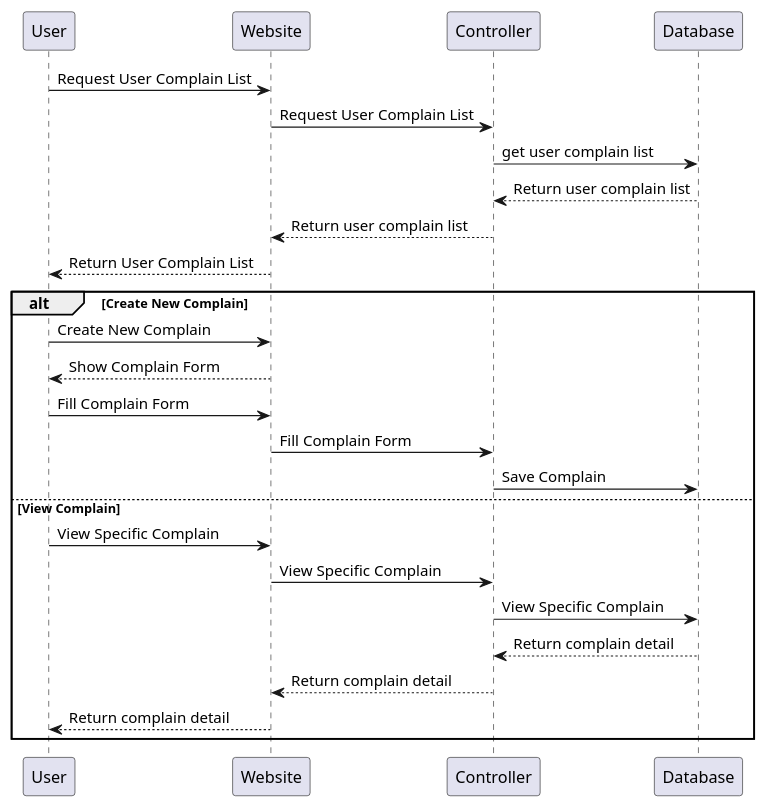
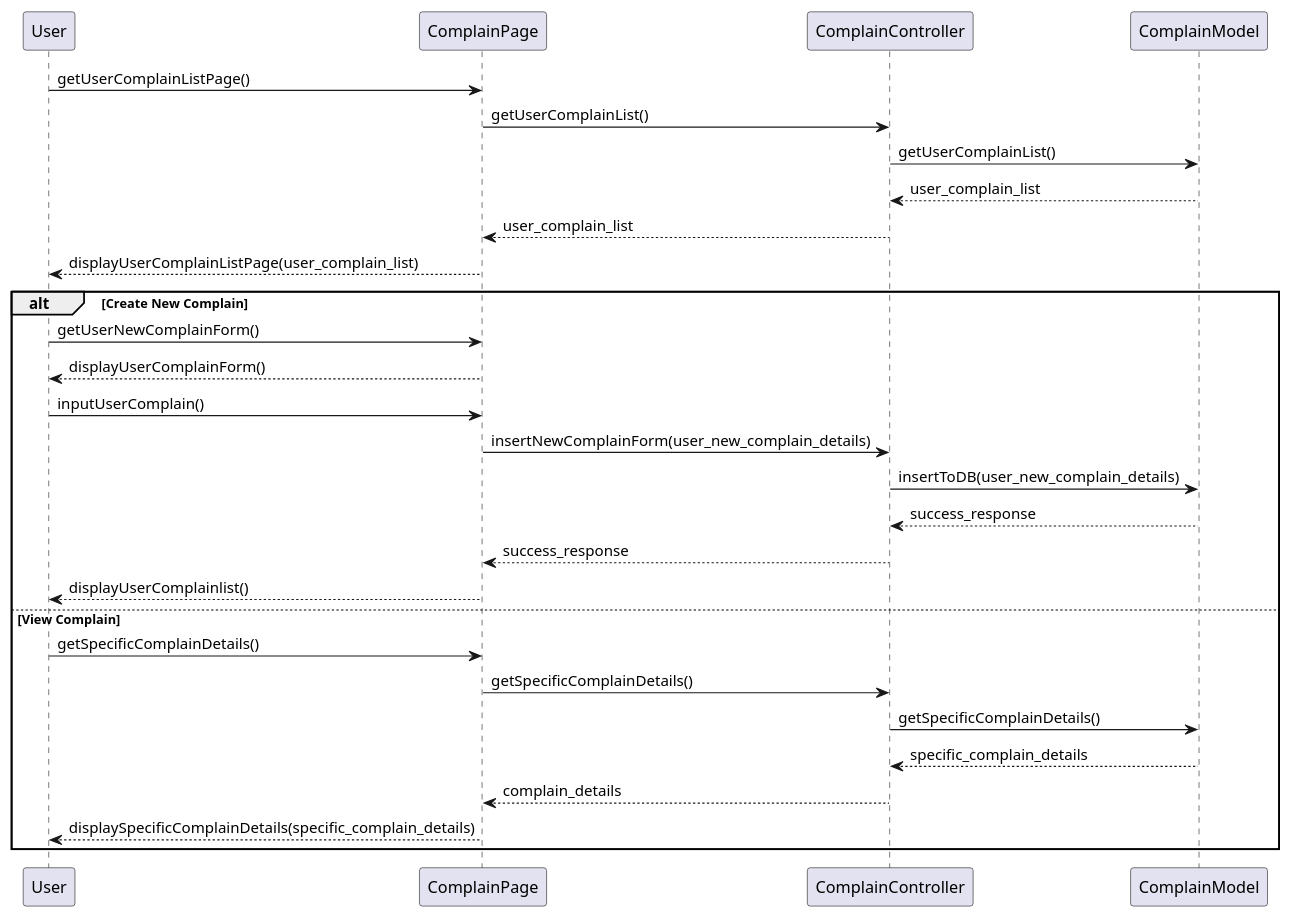
Before and after one commit to AntWort21/BHFMS: the diagram in Design/BHFMS_SEQUENCE/Complain.puml, drawn with PlantUML. The commit also changed 12 other files, not shown here.

Commit message:
updated sequence diagram

```diff
--- a/Design/BHFMS_SEQUENCE/Complain.puml
+++ b/Design/BHFMS_SEQUENCE/Complain.puml
@@ -1,25 +1,28 @@
 @startuml
-User -> Website: Request User Complain List
-Website -> Controller: Request User Complain List
-Controller -> Database: get user complain list
-Controller <-- Database: Return user complain list
-Website <-- Controller: Return user complain list
-User <-- Website: Return User Complain List
+User -> ComplainPage: getUserComplainListPage()
+ComplainPage -> ComplainController: getUserComplainList()
+ComplainController -> ComplainModel: getUserComplainList()
+ComplainController <-- ComplainModel: user_complain_list
+ComplainPage <-- ComplainController: user_complain_list
+User <-- ComplainPage: displayUserComplainListPage(user_complain_list)
 
 alt Create New Complain
 
-    User -> Website: Create New Complain
-    User <-- Website: Show Complain Form
-    User -> Website: Fill Complain Form
-    Website -> Controller: Fill Complain Form
-    Controller -> Database: Save Complain
+    User -> ComplainPage: getUserNewComplainForm()
+    User <-- ComplainPage: displayUserComplainForm()
+    User -> ComplainPage: inputUserComplain()
+    ComplainPage -> ComplainController: insertNewComplainForm(user_new_complain_details)
+    ComplainController -> ComplainModel: insertToDB(user_new_complain_details)
+    ComplainController <-- ComplainModel: success_response
+    ComplainPage <-- ComplainController: success_response
+    User <-- ComplainPage: displayUserComplainlist()
 else View Complain
 
-    User -> Website: View Specific Complain
-    Website -> Controller: View Specific Complain
-    Controller -> Database: View Specific Complain
-    Controller <-- Database: Return complain detail
-    Website <-- Controller: Return complain detail
-    User <-- Website: Return complain detail
+    User -> ComplainPage: getSpecificComplainDetails()
+    ComplainPage -> ComplainController: getSpecificComplainDetails()
+    ComplainController -> ComplainModel: getSpecificComplainDetails()
+    ComplainController <-- ComplainModel: specific_complain_details
+    ComplainPage <-- ComplainController: complain_details
+    User <-- ComplainPage: displaySpecificComplainDetails(specific_complain_details)
 end
 @enduml
```
